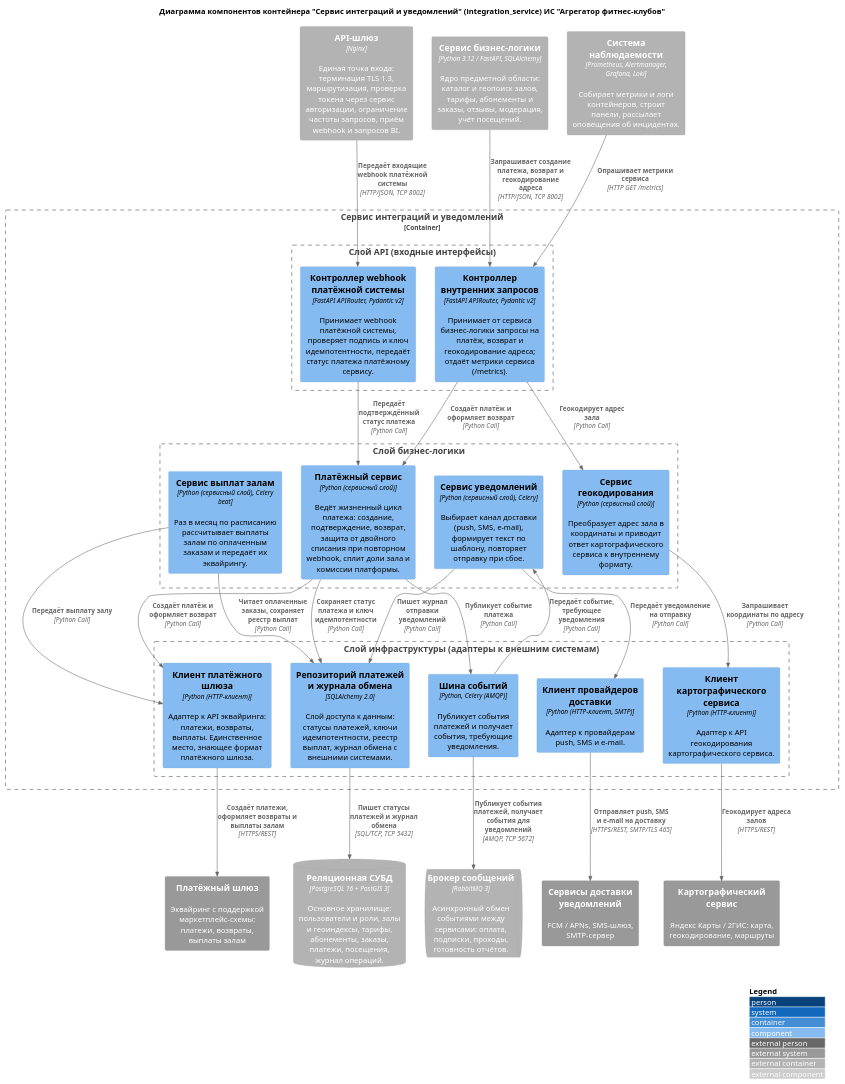
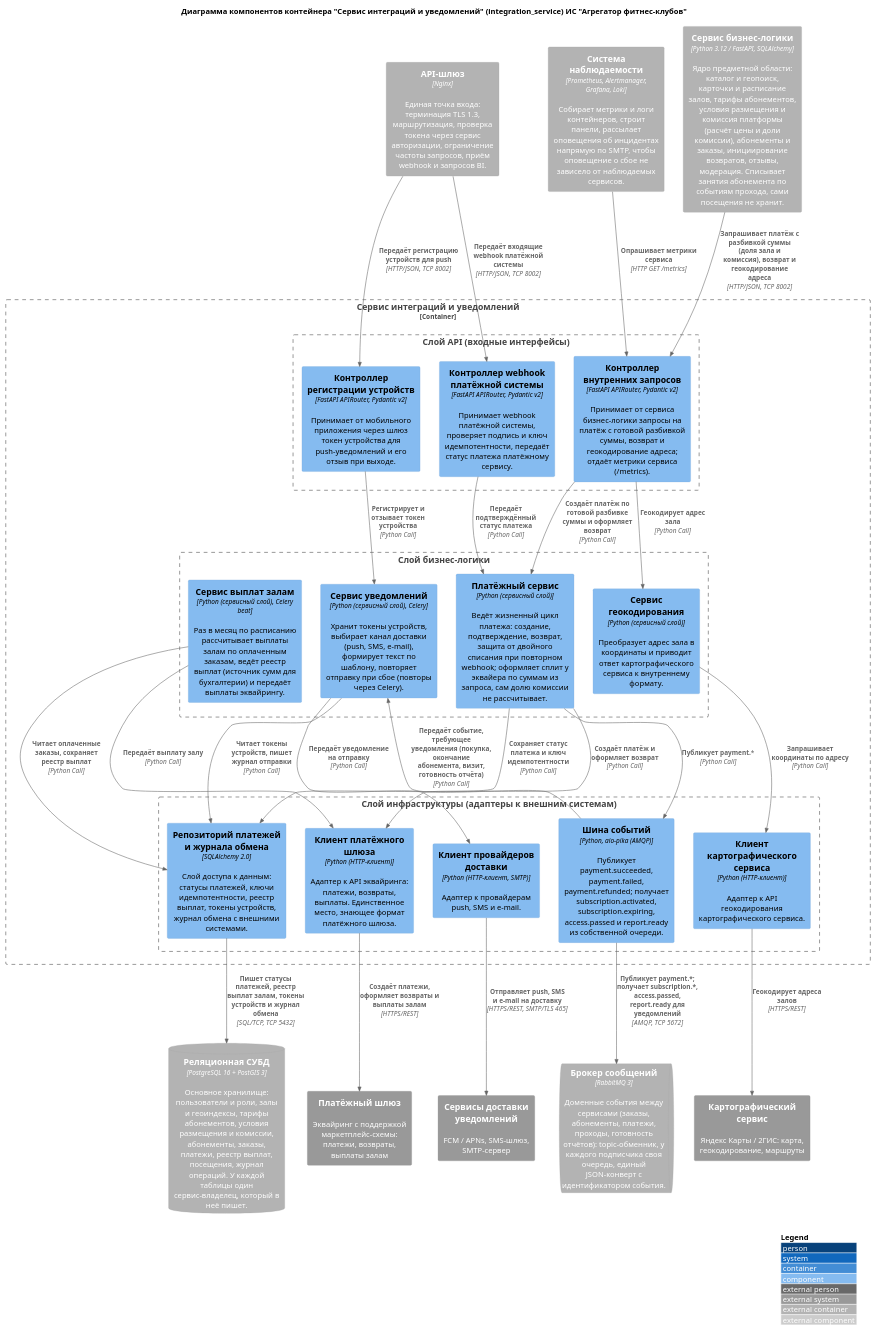
The diagram in src/local/lisov/L3_1_teamlead.puml (lamtfey11/ISIT-project-gym-aggregator), drawn with PlantUML before and after one commit. The commit also changed 1 other file, not shown here.

```diff
--- a/src/local/lisov/L3_1_teamlead.puml
+++ b/src/local/lisov/L3_1_teamlead.puml
@@ -1,71 +1,73 @@
 @startuml L3_integration_service
 !include https://raw.githubusercontent.com/plantuml-stdlib/C4-PlantUML/master/C4_Component.puml
 
 LAYOUT_WITH_LEGEND()
 title Диаграмма компонентов контейнера "Сервис интеграций и уведомлений" (integration_service) ИС "Агрегатор фитнес-клубов"
 
-' === СОСЕДНИЕ КОНТЕЙНЕРЫ И ВНЕШНИЕ СИСТЕМЫ (чёрные ящики, внутрь не заглядываем) ===
+' === СОСЕДНИЕ КОНТЕЙНЕРЫ И ВНЕШНИЕ СИСТЕМЫ (чёрные ящики, описания совпадают со сводной диаграммой контейнеров) ===
 Container_Ext(api_gateway, "API-шлюз", "Nginx", "Единая точка входа: терминация TLS 1.3, маршрутизация, проверка токена через сервис авторизации, ограничение частоты запросов, приём webhook и запросов BI.")
-Container_Ext(core_api, "Сервис бизнес-логики", "Python 3.12 / FastAPI, SQLAlchemy", "Ядро предметной области: каталог и геопоиск залов, тарифы, абонементы и заказы, отзывы, модерация, учёт посещений.")
-Container_Ext(monitoring, "Система наблюдаемости", "Prometheus, Alertmanager, Grafana, Loki", "Собирает метрики и логи контейнеров, строит панели, рассылает оповещения об инцидентах.")
-ContainerDb_Ext(database, "Реляционная СУБД", "PostgreSQL 16 + PostGIS 3", "Основное хранилище: пользователи и роли, залы и геоиндексы, тарифы, абонементы, заказы, платежи, посещения, журнал операций.")
-ContainerQueue_Ext(message_broker, "Брокер сообщений", "RabbitMQ 3", "Асинхронный обмен событиями между сервисами: оплата, подписки, проходы, готовность отчётов.")
+Container_Ext(core_api, "Сервис бизнес-логики", "Python 3.12 / FastAPI, SQLAlchemy", "Ядро предметной области: каталог и геопоиск, карточки и расписание залов, тарифы абонементов, условия размещения и комиссия платформы (расчёт цены и доли комиссии), абонементы и заказы, инициирование возвратов, отзывы, модерация. Списывает занятия абонемента по событиям прохода, сами посещения не хранит.")
+Container_Ext(monitoring, "Система наблюдаемости", "Prometheus, Alertmanager, Grafana, Loki", "Собирает метрики и логи контейнеров, строит панели, рассылает оповещения об инцидентах напрямую по SMTP, чтобы оповещение о сбое не зависело от наблюдаемых сервисов.")
+ContainerDb_Ext(database, "Реляционная СУБД", "PostgreSQL 16 + PostGIS 3", "Основное хранилище: пользователи и роли, залы и геоиндексы, тарифы абонементов, условия размещения и комиссии, абонементы, заказы, платежи, реестр выплат, посещения, журнал операций. У каждой таблицы один сервис-владелец, который в неё пишет.")
+ContainerQueue_Ext(message_broker, "Брокер сообщений", "RabbitMQ 3", "Доменные события между сервисами (заказы, абонементы, платежи, проходы, готовность отчётов): topic-обменник, у каждого подписчика своя очередь, единый JSON-конверт с идентификатором события.")
 System_Ext(payment_gateway, "Платёжный шлюз", "Эквайринг с поддержкой маркетплейс-схемы: платежи, возвраты, выплаты залам")
 System_Ext(maps_service, "Картографический сервис", "Яндекс Карты / 2ГИС: карта, геокодирование, маршруты")
 System_Ext(notification_gateway, "Сервисы доставки уведомлений", "FCM / APNs, SMS-шлюз, SMTP-сервер")
-
 ' === ПРОЕКТИРУЕМЫЙ КОНТЕЙНЕР: слои сверху вниз (API -> бизнес-логика -> инфраструктура) ===
 Container_Boundary(integration_service, "Сервис интеграций и уведомлений") {
 
   Boundary(api_layer, "Слой API (входные интерфейсы)") {
     Component(webhook_api_comp, "Контроллер webhook платёжной системы", "FastAPI APIRouter, Pydantic v2", "Принимает webhook платёжной системы, проверяет подпись и ключ идемпотентности, передаёт статус платежа платёжному сервису.")
-    Component(integration_api_comp, "Контроллер внутренних запросов", "FastAPI APIRouter, Pydantic v2", "Принимает от сервиса бизнес-логики запросы на платёж, возврат и геокодирование адреса; отдаёт метрики сервиса (/metrics).")
+    Component(integration_api_comp, "Контроллер внутренних запросов", "FastAPI APIRouter, Pydantic v2", "Принимает от сервиса бизнес-логики запросы на платёж с готовой разбивкой суммы, возврат и геокодирование адреса; отдаёт метрики сервиса (/metrics).")
+    Component(device_api_comp, "Контроллер регистрации устройств", "FastAPI APIRouter, Pydantic v2", "Принимает от мобильного приложения через шлюз токен устройства для push-уведомлений и его отзыв при выходе.")
   }
 
   Boundary(service_layer, "Слой бизнес-логики") {
-    Component(payment_comp, "Платёжный сервис", "Python (сервисный слой)", "Ведёт жизненный цикл платежа: создание, подтверждение, возврат, защита от двойного списания при повторном webhook, сплит доли зала и комиссии платформы.")
-    Component(payout_comp, "Сервис выплат залам", "Python (сервисный слой), Celery beat", "Раз в месяц по расписанию рассчитывает выплаты залам по оплаченным заказам и передаёт их эквайрингу.")
+    Component(payment_comp, "Платёжный сервис", "Python (сервисный слой)", "Ведёт жизненный цикл платежа: создание, подтверждение, возврат, защита от двойного списания при повторном webhook; оформляет сплит у эквайера по суммам из запроса, сам долю комиссии не рассчитывает.")
+    Component(payout_comp, "Сервис выплат залам", "Python (сервисный слой), Celery beat", "Раз в месяц по расписанию рассчитывает выплаты залам по оплаченным заказам, ведёт реестр выплат (источник сумм для бухгалтерии) и передаёт выплаты эквайрингу.")
     Component(geocoding_comp, "Сервис геокодирования", "Python (сервисный слой)", "Преобразует адрес зала в координаты и приводит ответ картографического сервиса к внутреннему формату.")
-    Component(notification_comp, "Сервис уведомлений", "Python (сервисный слой), Celery", "Выбирает канал доставки (push, SMS, e-mail), формирует текст по шаблону, повторяет отправку при сбое.")
+    Component(notification_comp, "Сервис уведомлений", "Python (сервисный слой), Celery", "Хранит токены устройств, выбирает канал доставки (push, SMS, e-mail), формирует текст по шаблону, повторяет отправку при сбое (повторы через Celery).")
   }
 
   Boundary(infrastructure_layer, "Слой инфраструктуры (адаптеры к внешним системам)") {
     Component(acquiring_client_comp, "Клиент платёжного шлюза", "Python (HTTP-клиент)", "Адаптер к API эквайринга: платежи, возвраты, выплаты. Единственное место, знающее формат платёжного шлюза.")
     Component(maps_client_comp, "Клиент картографического сервиса", "Python (HTTP-клиент)", "Адаптер к API геокодирования картографического сервиса.")
     Component(delivery_client_comp, "Клиент провайдеров доставки", "Python (HTTP-клиент, SMTP)", "Адаптер к провайдерам push, SMS и e-mail.")
-    Component(integration_repo_comp, "Репозиторий платежей и журнала обмена", "SQLAlchemy 2.0", "Слой доступа к данным: статусы платежей, ключи идемпотентности, реестр выплат, журнал обмена с внешними системами.")
-    Component(integration_events_comp, "Шина событий", "Python, Celery (AMQP)", "Публикует события платежей и получает события, требующие уведомления.")
+    Component(integration_repo_comp, "Репозиторий платежей и журнала обмена", "SQLAlchemy 2.0", "Слой доступа к данным: статусы платежей, ключи идемпотентности, реестр выплат, токены устройств, журнал обмена с внешними системами.")
+    Component(integration_events_comp, "Шина событий", "Python, aio-pika (AMQP)", "Публикует payment.succeeded, payment.failed, payment.refunded; получает subscription.activated, subscription.expiring, access.passed и report.ready из собственной очереди.")
   }
 }
 
 ' === ВХОДЯЩИЕ СЕТЕВЫЕ ВЫЗОВЫ (стыковочные шлюзы контейнера) ===
 Rel(api_gateway, webhook_api_comp, "Передаёт входящие webhook платёжной системы", "HTTP/JSON, TCP 8002")
-Rel(core_api, integration_api_comp, "Запрашивает создание платежа, возврат и геокодирование адреса", "HTTP/JSON, TCP 8002")
+Rel(api_gateway, device_api_comp, "Передаёт регистрацию устройств для push", "HTTP/JSON, TCP 8002")
+Rel(core_api, integration_api_comp, "Запрашивает платёж с разбивкой суммы (доля зала и комиссия), возврат и геокодирование адреса", "HTTP/JSON, TCP 8002")
 Rel(monitoring, integration_api_comp, "Опрашивает метрики сервиса", "HTTP GET /metrics")
 
 ' === ВНУТРИПРОЦЕССНЫЕ ВЫЗОВЫ: API -> бизнес-логика ===
 Rel(webhook_api_comp, payment_comp, "Передаёт подтверждённый статус платежа", "Python Call")
-Rel(integration_api_comp, payment_comp, "Создаёт платёж и оформляет возврат", "Python Call")
+Rel(integration_api_comp, payment_comp, "Создаёт платёж по готовой разбивке суммы и оформляет возврат", "Python Call")
 Rel(integration_api_comp, geocoding_comp, "Геокодирует адрес зала", "Python Call")
+Rel(device_api_comp, notification_comp, "Регистрирует и отзывает токен устройства", "Python Call")
 
 ' === ВНУТРИПРОЦЕССНЫЕ ВЫЗОВЫ: бизнес-логика -> инфраструктура ===
 Rel(payment_comp, acquiring_client_comp, "Создаёт платёж и оформляет возврат", "Python Call")
 Rel(payment_comp, integration_repo_comp, "Сохраняет статус платежа и ключ идемпотентности", "Python Call")
-Rel(payment_comp, integration_events_comp, "Публикует событие платежа", "Python Call")
+Rel(payment_comp, integration_events_comp, "Публикует payment.*", "Python Call")
 Rel(payout_comp, integration_repo_comp, "Читает оплаченные заказы, сохраняет реестр выплат", "Python Call")
 Rel(payout_comp, acquiring_client_comp, "Передаёт выплату залу", "Python Call")
 Rel(geocoding_comp, maps_client_comp, "Запрашивает координаты по адресу", "Python Call")
 Rel(notification_comp, delivery_client_comp, "Передаёт уведомление на отправку", "Python Call")
-Rel(notification_comp, integration_repo_comp, "Пишет журнал отправки уведомлений", "Python Call")
+Rel(notification_comp, integration_repo_comp, "Читает токены устройств, пишет журнал отправки", "Python Call")
 
 ' === ВНУТРИПРОЦЕССНЫЕ ВЫЗОВЫ: события из брокера -> бизнес-логика ===
-Rel(integration_events_comp, notification_comp, "Передаёт событие, требующее уведомления", "Python Call")
+Rel(integration_events_comp, notification_comp, "Передаёт событие, требующее уведомления (покупка, окончание абонемента, визит, готовность отчёта)", "Python Call")
 
 ' === ИСХОДЯЩИЕ СЕТЕВЫЕ ВЫЗОВЫ ===
 Rel(acquiring_client_comp, payment_gateway, "Создаёт платежи, оформляет возвраты и выплаты залам", "HTTPS/REST")
 Rel(maps_client_comp, maps_service, "Геокодирует адреса залов", "HTTPS/REST")
 Rel(delivery_client_comp, notification_gateway, "Отправляет push, SMS и e-mail на доставку", "HTTPS/REST, SMTP/TLS 465")
-Rel(integration_repo_comp, database, "Пишет статусы платежей и журнал обмена", "SQL/TCP, TCP 5432")
-Rel(integration_events_comp, message_broker, "Публикует события платежей, получает события для уведомлений", "AMQP, TCP 5672")
+Rel(integration_repo_comp, database, "Пишет статусы платежей, реестр выплат залам, токены устройств и журнал обмена", "SQL/TCP, TCP 5432")
+Rel(integration_events_comp, message_broker, "Публикует payment.*; получает subscription.*, access.passed, report.ready для уведомлений", "AMQP, TCP 5672")
 
 @enduml
```
